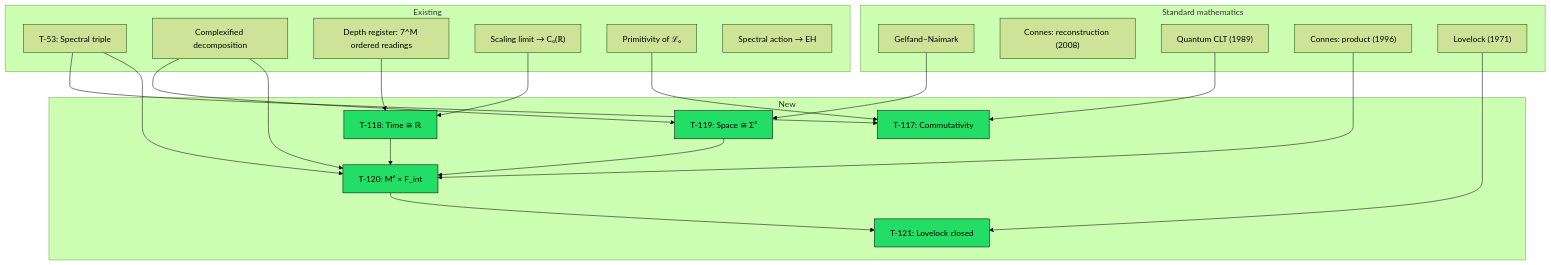
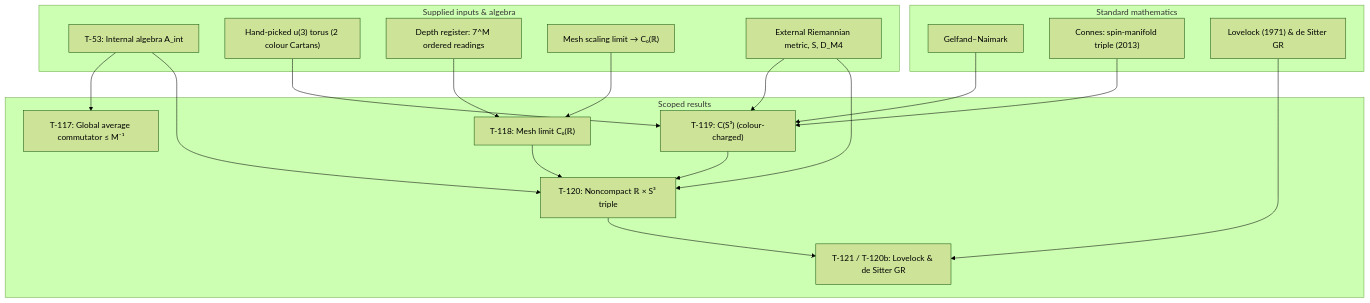
One commit to gst-st/uhm changed the diagram in website/docs/proofs/physics/emergent-manifold.md. Above: the diagram before and after it, drawn with Mermaid (forest theme). The commit also changed other lines of this file and 376 other files, not shown here.

First line of the commit message:
Refactor UHM canon, decontaminate architecture, and verify EN/RU parity

````diff
--- a/website/docs/proofs/physics/emergent-manifold.md
+++ b/website/docs/proofs/physics/emergent-manifold.md
@@ -253,52 +206,38 @@
 ```mermaid
 graph TD
-    subgraph "Existing"
-        T53["T-53: Spectral triple"]
-        SEC["Complexified decomposition"]
+    subgraph "Supplied inputs & algebra"
+        T53["T-53: Internal algebra A_int"]
+        TOR["Hand-picked u#40;3#41; torus #40;2 colour Cartans#41;"]
         NEFF["Depth register: 7^M ordered readings"]
-        CLIM["Scaling limit → C₀#40;ℝ#41;"]
-        PRIM["Primitivity of ℒ₀"]
-        SPEC["Spectral action → EH"]
+        CLIM["Mesh scaling limit → C₀#40;ℝ#41;"]
+        EXTM["External Riemannian metric, S, D_M4"]
     end
 
     subgraph "Standard mathematics"
         GN["Gelfand–Naimark"]
-        CR["Connes: reconstruction #40;2008#41;"]
-        QCLT["Quantum CLT #40;1989#41;"]
-        CP["Connes: product #40;1996#41;"]
-        LOV["Lovelock #40;1971#41;"]
+        CR["Connes: spin-manifold triple #40;2013#41;"]
+        LOV["Lovelock #40;1971#41; & de Sitter GR"]
     end
 
-    subgraph "New"
-        T117["T-117: Commutativity"]
-        T118["T-118: Time ≅ ℝ"]
-        T119["T-119: Space ≅ Σ³"]
-        T120["T-120: M⁴ × F_int"]
-        T121["T-121: Lovelock closed"]
+    subgraph "Scoped results"
+        T117["T-117: Global average commutator ≤ M⁻¹"]
+        T118["T-118: Mesh limit C₀#40;ℝ#41;"]
+        T119["T-119: C#40;S³#41; #40;colour-charged#41;"]
+        T120["T-120: Noncompact ℝ × S³ triple"]
+        T121["T-121 / T-120b: Lovelock & de Sitter GR"]
     end
 
-    PRIM --> T117
-    QCLT --> T117
     T53 --> T117
-
     NEFF --> T118
     CLIM --> T118
-
     GN --> T119
-    SEC --> T119
-
+    TOR --> T119
+    CR --> T119
+    EXTM --> T119
     T118 --> T120
     T119 --> T120
     T53 --> T120
-    CP --> T120
-    SEC --> T120
-
+    EXTM --> T120
     T120 --> T121
     LOV --> T121
-
-    style T117 fill:#2d6,stroke:#000
-    style T118 fill:#2d6,stroke:#000
-    style T119 fill:#2d6,stroke:#000
-    style T120 fill:#2d6,stroke:#000
-    style T121 fill:#2d6,stroke:#000
 ```
````
